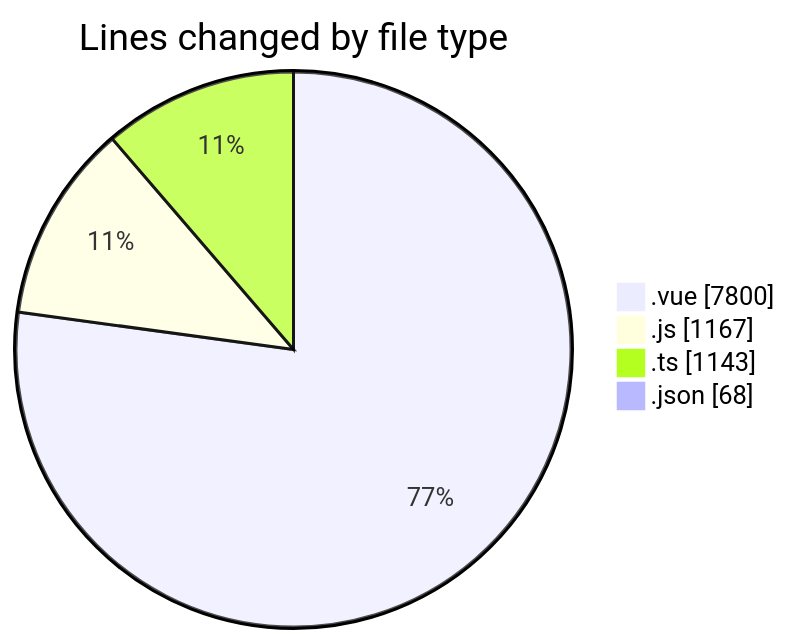
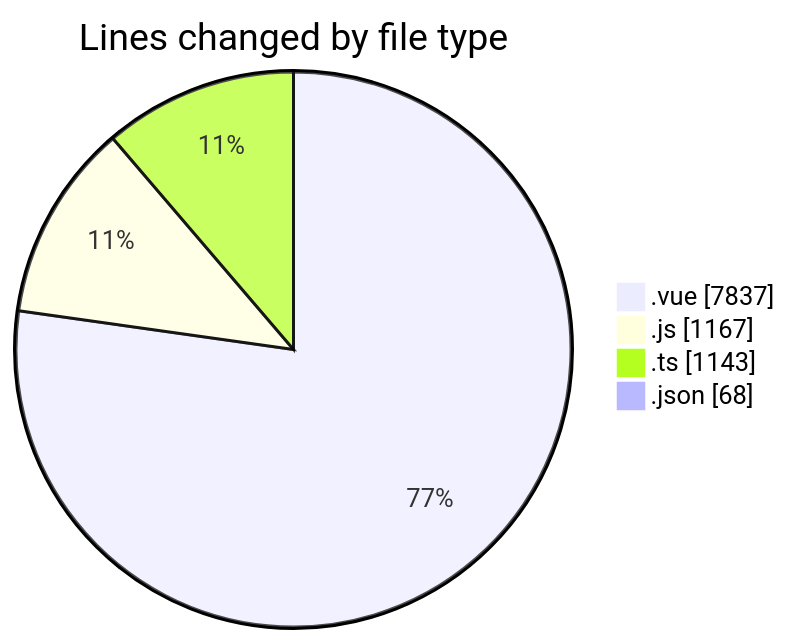
The first of 2 diagrams in 2025-08-12/rentotp/README.md (lephambinh05/code-tracking), drawn with Mermaid before and after one commit. The commit also changed other lines of this file and 1 other file, not shown here.

````diff
--- a/2025-08-12/rentotp/README.md
+++ b/2025-08-12/rentotp/README.md
@@ -47,8 +48,8 @@
 ```mermaid
 pie showData
 title Lines changed by file type
-".vue" : 7800
+".vue" : 7837
 ".js" : 1167
 ".ts" : 1143
 ".json" : 68
 ```
````
